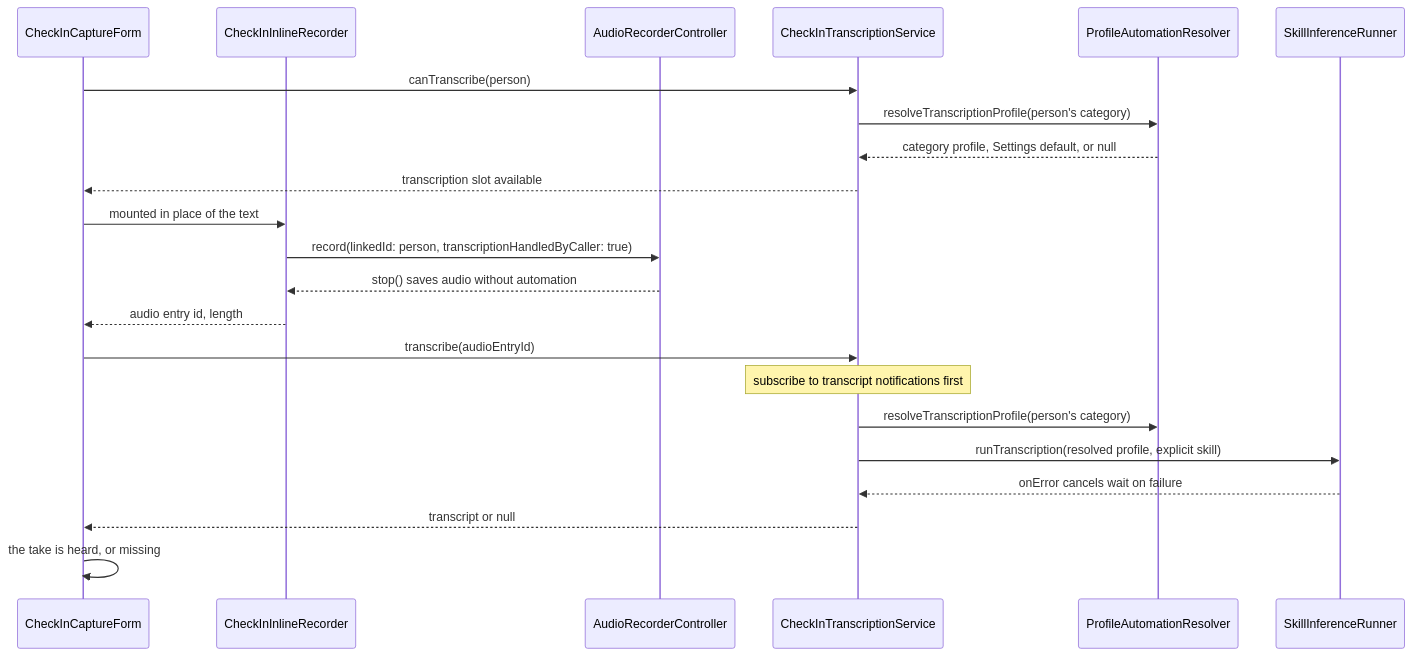
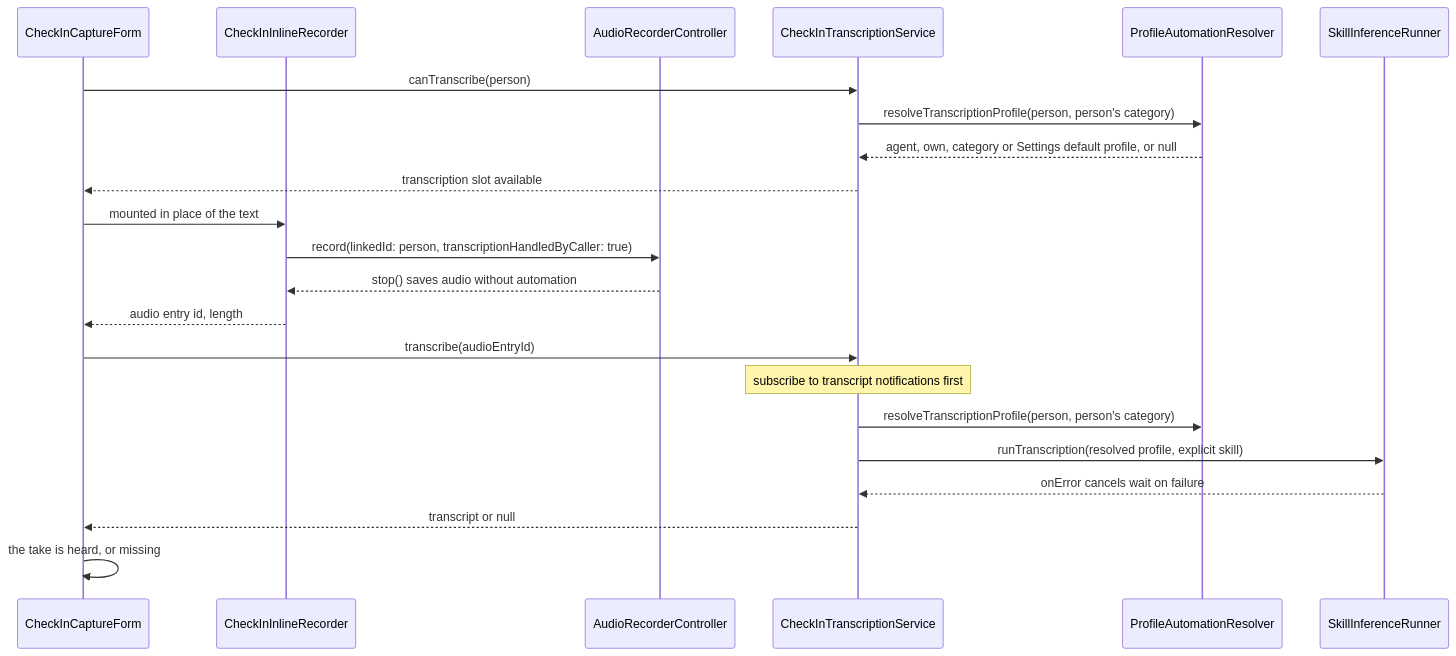
Before and after one commit to matthiasn/lotti: diagram 16 of 20 in knowledge/features/relationships.md, drawn with Mermaid. The commit also changed other lines of this file and 19 other files, not shown here.

````diff
--- a/knowledge/features/relationships.md
+++ b/knowledge/features/relationships.md
@@ -2311,24 +2312,24 @@
 ```mermaid
 sequenceDiagram
   participant Sheet as CheckInCaptureForm
   participant Inline as CheckInInlineRecorder
   participant Rec as AudioRecorderController
   participant Svc as CheckInTranscriptionService
   participant Profile as ProfileAutomationResolver
   participant Runner as SkillInferenceRunner
   Sheet->>Svc: canTranscribe(person)
-  Svc->>Profile: resolveTranscriptionProfile(person's category)
-  Profile-->>Svc: category profile, Settings default, or null
+  Svc->>Profile: resolveTranscriptionProfile(person, person's category)
+  Profile-->>Svc: agent, own, category or Settings default profile, or null
   Svc-->>Sheet: transcription slot available
   Sheet->>Inline: mounted in place of the text
   Inline->>Rec: record(linkedId: person, transcriptionHandledByCaller: true)
   Rec-->>Inline: stop() saves audio without automation
   Inline-->>Sheet: audio entry id, length
   Sheet->>Svc: transcribe(audioEntryId)
   Note over Svc: subscribe to transcript notifications first
-  Svc->>Profile: resolveTranscriptionProfile(person's category)
+  Svc->>Profile: resolveTranscriptionProfile(person, person's category)
   Svc->>Runner: runTranscription(resolved profile, explicit skill)
   Runner-->>Svc: onError cancels wait on failure
   Svc-->>Sheet: transcript or null
   Sheet->>Sheet: the take is heard, or missing
 ```
````
